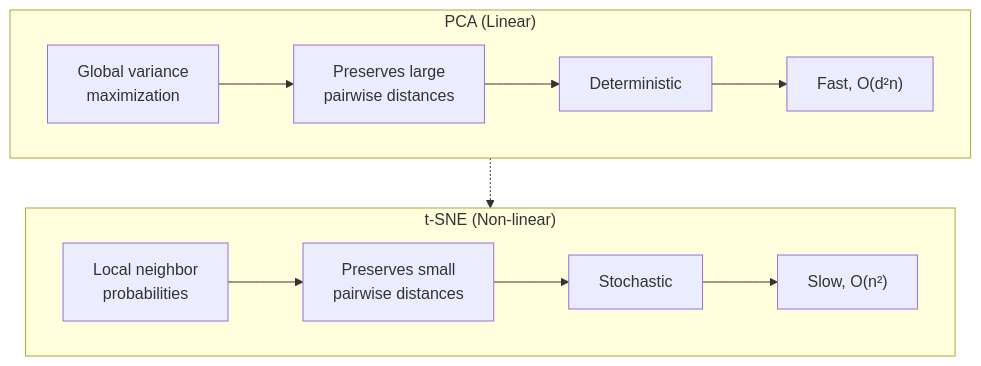
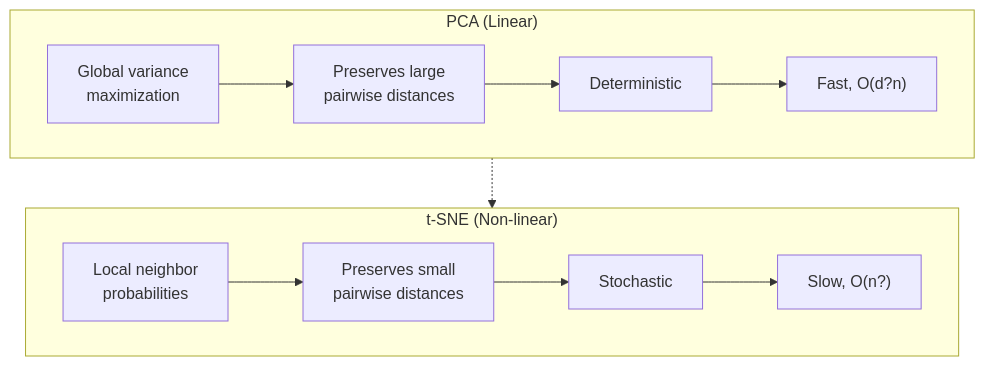
Before and after one commit to Raushan666java/ai-engineering-journey: the fourth of 5 diagrams in docs/courses/machine-learning/09-dimensionality-reduction.md, drawn with Mermaid. The commit also changed other lines of this file and 790 other files, not shown here.

Commit message:
Sync all course diagram renders and content updates

````diff
--- a/docs/courses/machine-learning/09-dimensionality-reduction.md
+++ b/docs/courses/machine-learning/09-dimensionality-reduction.md
@@ -205,16 +205,16 @@
 ```mermaid
 flowchart TB
     subgraph PCA["PCA (Linear)"]
         direction LR
         A1["Global variance<br/>maximization"] --> B1["Preserves large<br/>pairwise distances"]
         B1 --> C1["Deterministic"]
-        C1 --> D1["Fast, O(d²n)"]
+        C1 --> D1["Fast, O(d?n)"]
     end
     subgraph TSNE["t-SNE (Non-linear)"]
         direction LR
         A2["Local neighbor<br/>probabilities"] --> B2["Preserves small<br/>pairwise distances"]
         B2 --> C2["Stochastic"]
-        C2 --> D2["Slow, O(n²)"]
+        C2 --> D2["Slow, O(n?)"]
     end
     A1 -.-> A2
 ```
````
